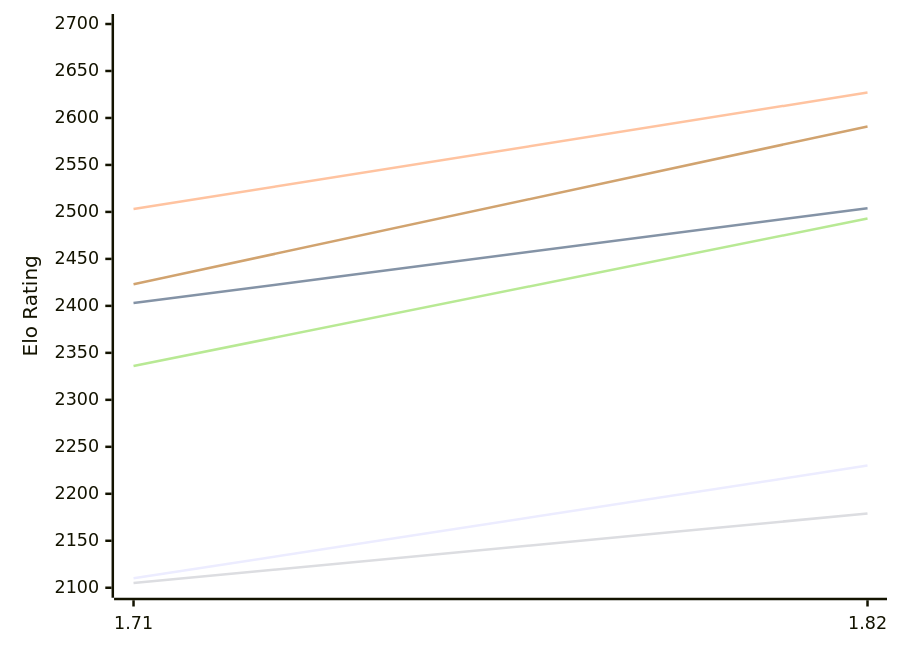
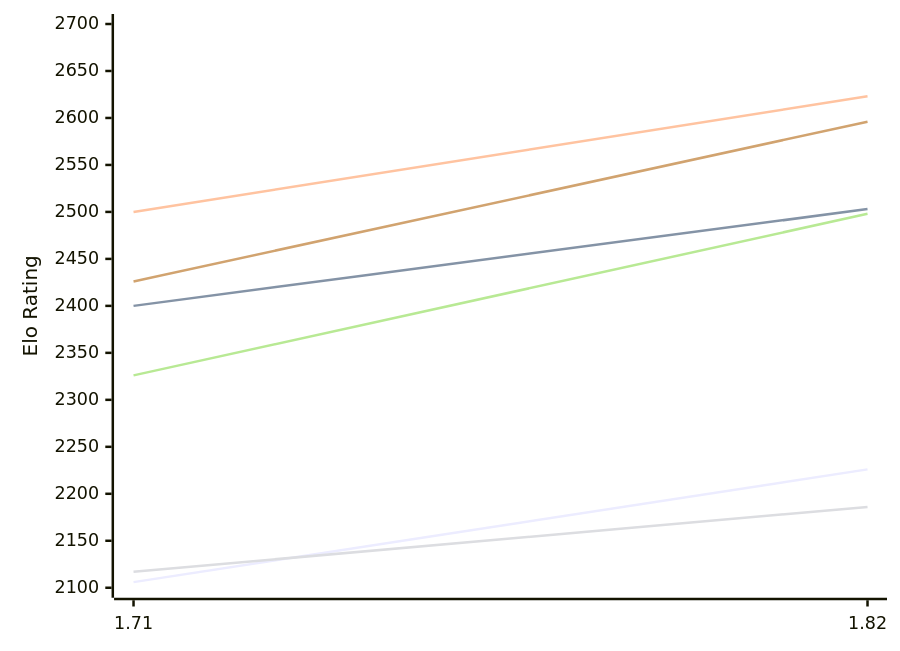
The first of 2 diagrams in engines/Amira.md (computer-chess-index/cci), drawn with Mermaid before and after one commit. The commit also changed other lines of this file, not shown here.

Commit message:
Update CCI Ratings (ELO VLTC) - 2026-11-21

````diff
--- a/engines/Amira.md
+++ b/engines/Amira.md
@@ -50,12 +50,12 @@
 ```mermaid
 %%{init: {"theme":"base","themeVariables":{"seriesColors:['#a3a3a3','#222221','#faa371']}}}%%
 xychart-beta
   x-axis ["1.71", "1.82"]
   y-axis "Elo Rating" 2100 --> 2700
-  line "E1: STC (8.0+0.08s)" [2110, 2230]
-  line "E1: LTC (60.0+0.60s)" [2403, 2504]
-  line "E1: VLTC (2m24s+1.12s)" [2503, 2627]
-  line "P1: STC (8.0+0.08s)" [2105, 2179]
-  line "P1: LTC (60.0+0.60s)" [2336, 2493]
-  line "P1: VLTC (2m24s+1.12s)" [2423, 2591]
+  line "E1: STC (8.0+0.08s)" [2106, 2226]
+  line "E1: LTC (60.0+0.60s)" [2400, 2503]
+  line "E1: VLTC (2m24s+1.12s)" [2500, 2623]
+  line "P1: STC (8.0+0.08s)" [2117, 2186]
+  line "P1: LTC (60.0+0.60s)" [2326, 2498]
+  line "P1: VLTC (2m24s+1.12s)" [2426, 2596]
 ```
````
